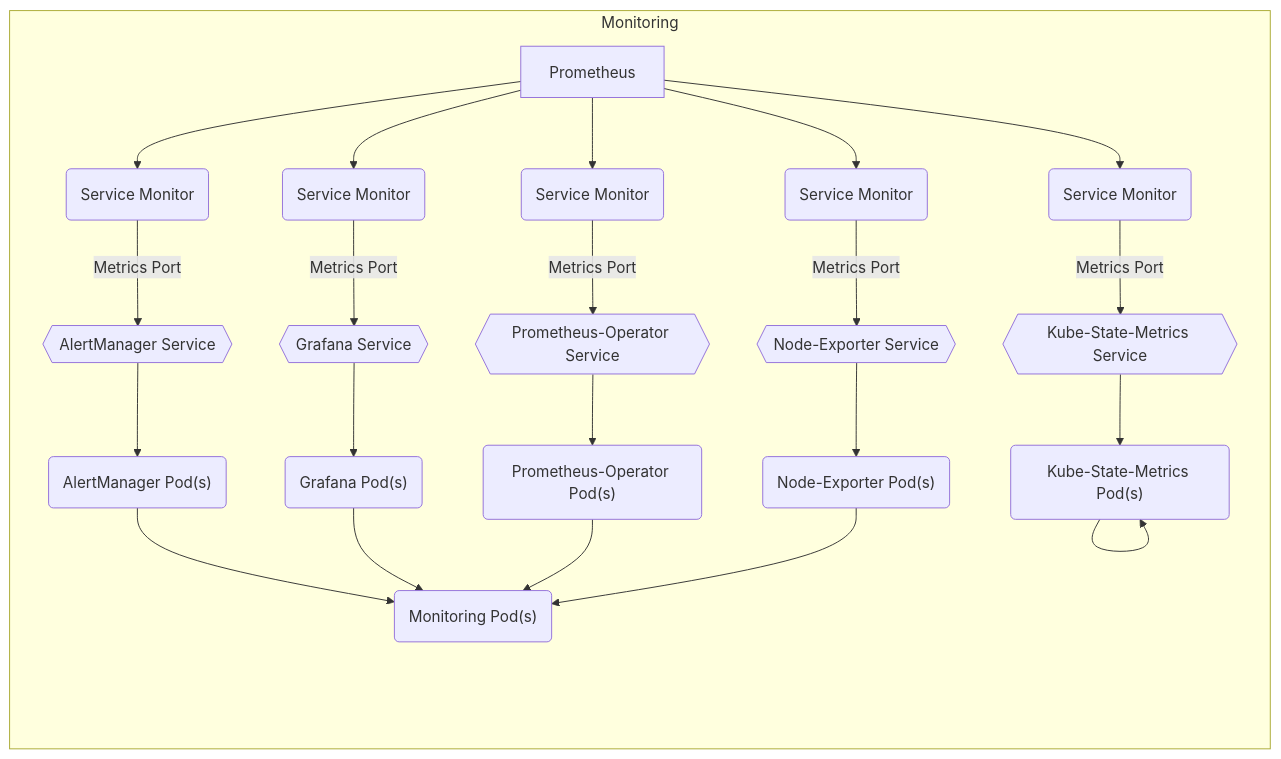
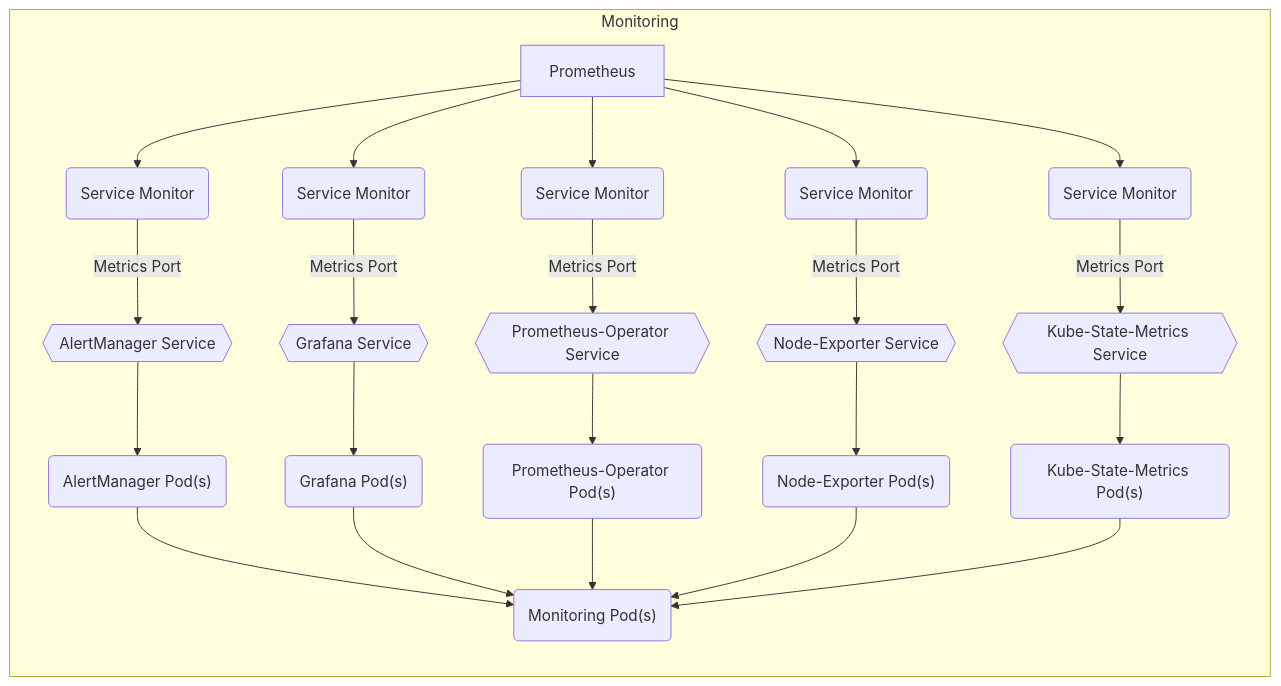
One commit to sbko/bigbang changed the diagram in charter/packages/monitoring/Architecture.md. Above: the diagram before and after it, drawn with Mermaid.

Commit message:
monitoring architecture

````diff
--- a/charter/packages/monitoring/Architecture.md
+++ b/charter/packages/monitoring/Architecture.md
@@ -12,28 +12,29 @@
  ```mermaid
 graph LR
   subgraph "Monitoring"
     alertmanagerpods("AlertManager Pod(s)") --> monitoringpods("Monitoring Pod(s)")
     alertmanagerservice{{AlertManager Service}} --> alertmanagerpods("AlertManager Pod(s)")
     alertmanagersvcmonitor("Service Monitor") --"Metrics Port"--> alertmanagerservice
     Prometheus --> alertmanagersvcmonitor("Service Monitor")
     grafanapods("Grafana Pod(s)") --> monitoringpods("Monitoring Pod(s)")
     grafanaservice{{Grafana Service}} --> grafanapods("Grafana Pod(s)")
     grafanasvcmonitor("Service Monitor") --"Metrics Port"--> grafanaservice
     Prometheus --> grafanasvcmonitor("Service Monitor")
     prometheusoperatorpods("Prometheus-Operator Pod(s)") --> monitoringpods("Monitoring Pod(s)")
     prometheusoperatorservice{{Prometheus-Operator Service}} -->  prometheusoperatorpods("Prometheus-Operator Pod(s)")
     prometheusoperatorsvcmonitor("Service Monitor") --"Metrics Port"--> prometheusoperatorservice
     Prometheus --> prometheusoperatorsvcmonitor("Service Monitor")
     nodeexporterpods("Node-Exporter Pod(s)") --> monitoringpods("Monitoring Pod(s)")
     nodeexporterservice{{Node-Exporter Service}} -->  nodeexporterpods("Node-Exporter Pod(s)")
     nodeexportersvcmonitor("Service Monitor") --"Metrics Port"-->  nodeexporterservice
     Prometheus --> nodeexportersvcmonitor("Service Monitor")
-    kubestatemetricspods("Kube-State-Metrics Pod(s)") --> kubestatemetricspods("Monitoring Pod(s)")
-    kubestatemetricservice{{Kube-State-Metrics Service}} --> kubestatemetricspods("Kube-State-Metrics Pod(s)")
-    kubestatemetricssvcmonitor("Service Monitor") --"Metrics Port"-->  kubestatemetricservice
+    kubestatemetricspods("Kube-State-Metrics Pod(s)") --> monitoringpods("Monitoring Pod(s)")
+    kubestatemetricsservice{{Kube-State-Metrics Service}} -->  kubestatemetricspods("Kube-State-Metrics Pod(s)")
+    kubestatemetricssvcmonitor("Service Monitor") --"Metrics Port"-->  kubestatemetricsservice
     Prometheus --> kubestatemetricssvcmonitor("Service Monitor")
+    
 
     
   end
   
 ```   
````
